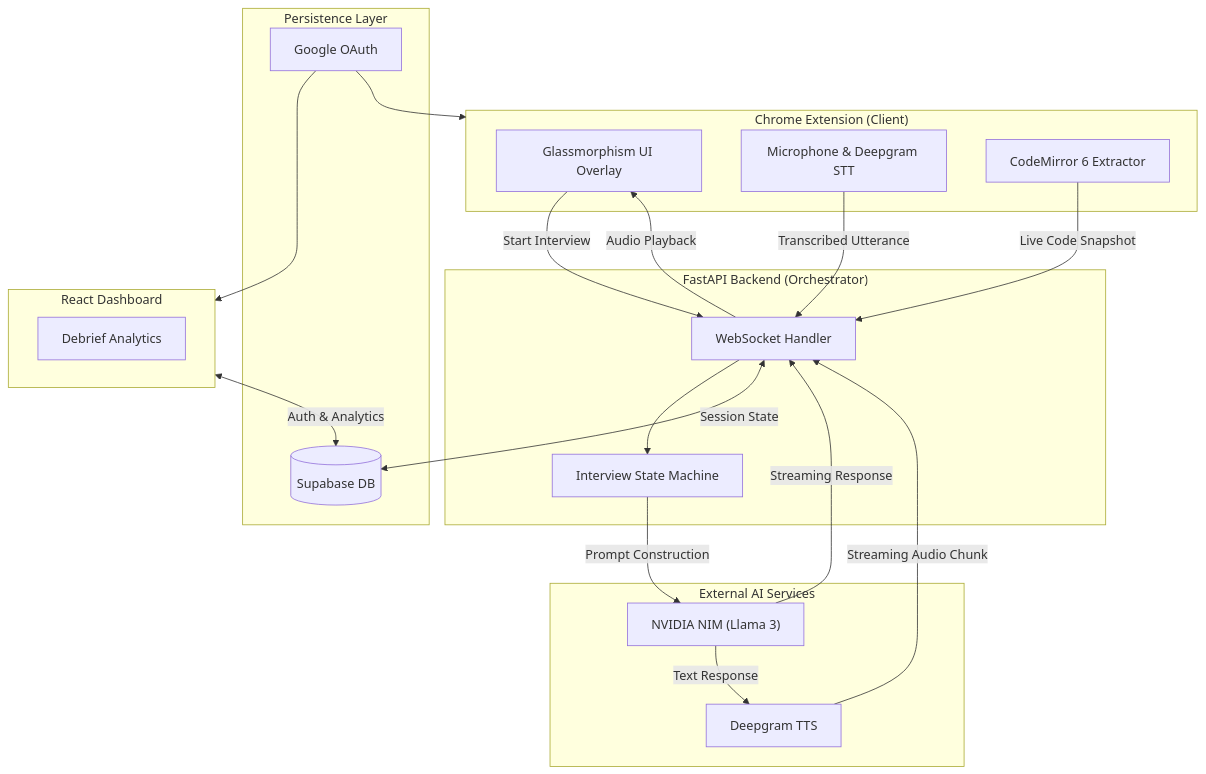
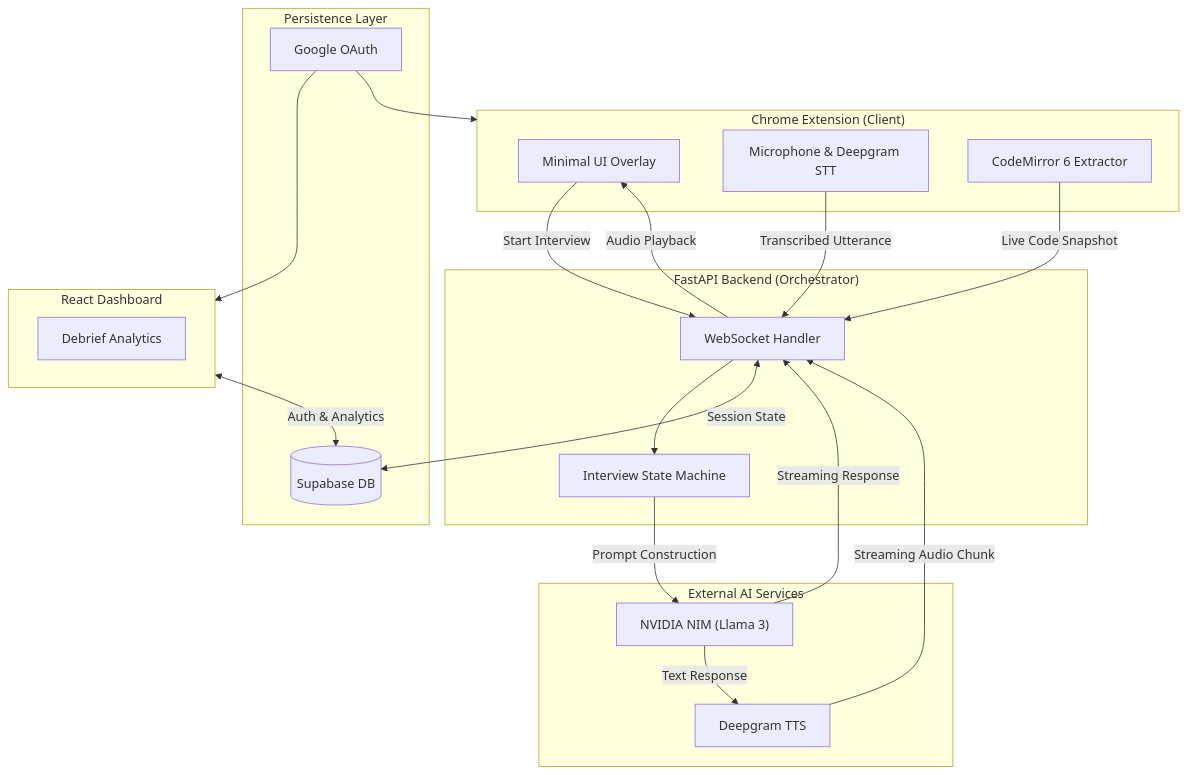
One commit to devams23/product_leeview changed the diagram in README.md. Above: the diagram before and after it, drawn with Mermaid. The commit also changed other lines of this file, not shown here.

Commit message:
docs: remove glassmorphism branding to keep copy simple

````diff
--- a/README.md
+++ b/README.md
@@ -16,44 +16,44 @@
 ```mermaid
 graph TD
     subgraph Browser["Chrome Extension (Client)"]
-        UI["Glassmorphism UI Overlay"]
+        UI["Minimal UI Overlay"]
         STT["Microphone & Deepgram STT"]
         Editor["CodeMirror 6 Extractor"]
     end
 
     subgraph Backend["FastAPI Backend (Orchestrator)"]
         WS["WebSocket Handler"]
         SM["Interview State Machine"]
     end
 
     subgraph External["External AI Services"]
         LLM["NVIDIA NIM (Llama 3)"]
         TTS["Deepgram TTS"]
     end
 
     subgraph Data["Persistence Layer"]
         DB[(Supabase DB)]
         Auth["Google OAuth"]
     end
     
     subgraph Dashboard["React Dashboard"]
         DashUI["Debrief Analytics"]
     end
 
     %% Flow
     UI -->|Start Interview| WS
     Editor -->|Live Code Snapshot| WS
     STT -->|Transcribed Utterance| WS
     
     WS --> SM
     SM -->|Prompt Construction| LLM
     LLM -->|Streaming Response| WS
     LLM -->|Text Response| TTS
     TTS -->|Streaming Audio Chunk| WS
     WS -->|Audio Playback| UI
     
     WS <-->|Session State| DB
     Dashboard <-->|Auth & Analytics| DB
     Auth --> Dashboard
     Auth --> Browser
 ```
````
